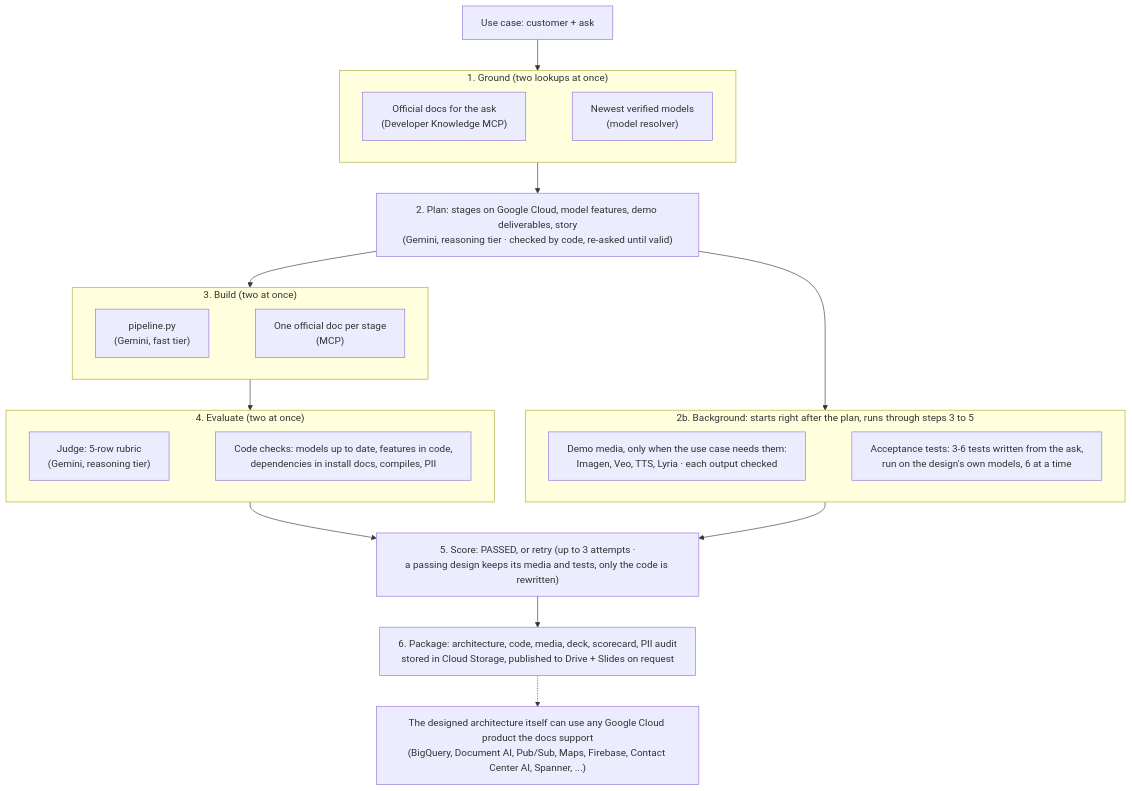
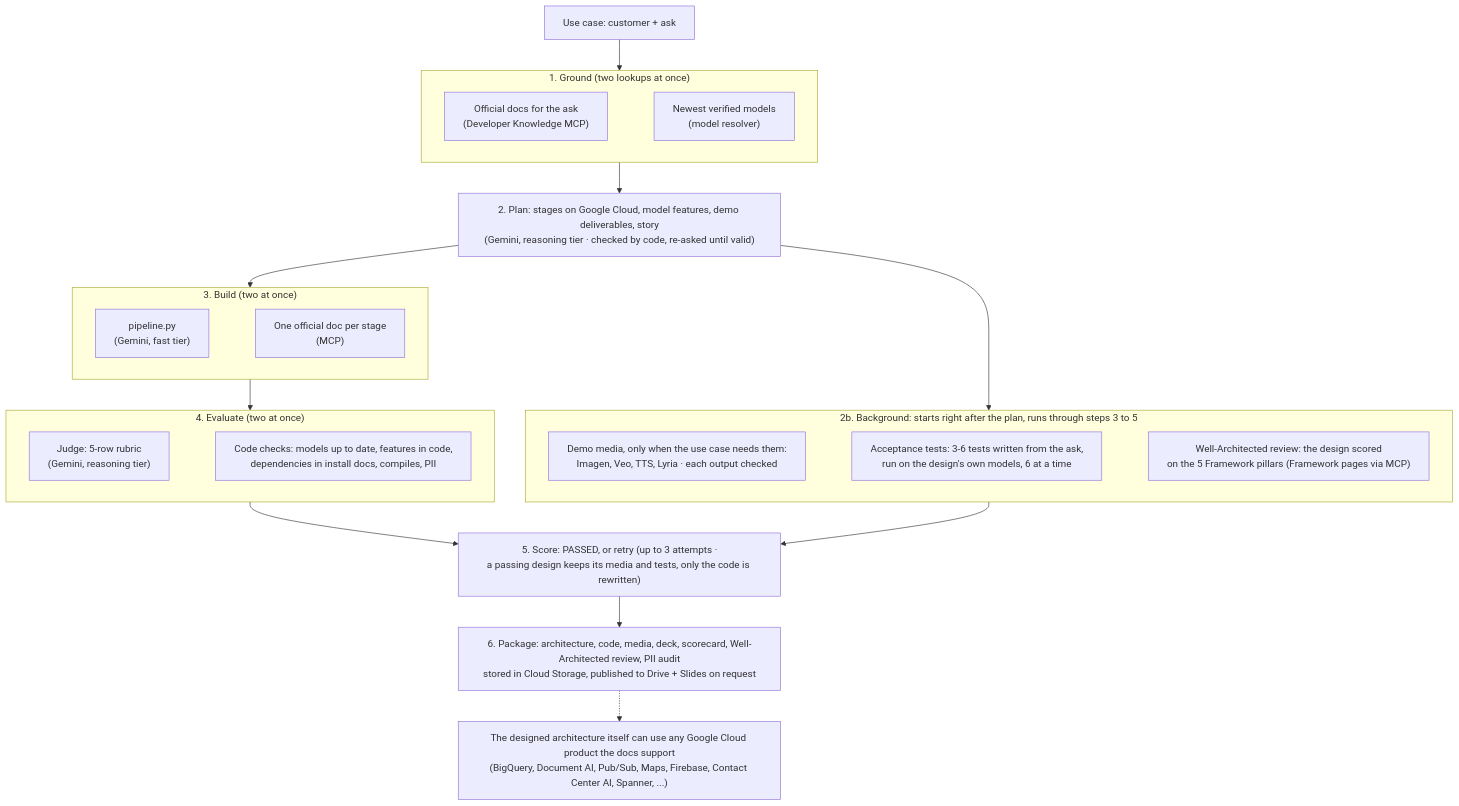
One commit to LUJ20/eliminating-custom-demo-toil-with-google-mcp changed the first of 2 diagrams in README.md. Above: the diagram before and after it, drawn with Mermaid. The commit also changed other lines of this file and 10 other files, not shown here.

First line of the commit message:
Well-Architected review of every design: 5 Framework pillars, grounded in Framework pages via MCP

````diff
--- a/README.md
+++ b/README.md
@@ -39,29 +42,29 @@
 ```mermaid
 %%{init: {"flowchart": {"wrappingWidth": 460}}}%%
 flowchart TB
     subgraph G ["1. Ground (two lookups at once)"]
         direction LR
         G1["Official docs for the ask<br/>(Developer Knowledge MCP)"] ~~~ G2["Newest verified models<br/>(model resolver)"]
     end
     subgraph BG ["2b. Background: starts right after the plan, runs through steps 3 to 5"]
         direction LR
-        M["Demo media, only when the use case needs them:<br/>Imagen, Veo, TTS, Lyria · each output checked"] ~~~ T["Acceptance tests: 3-6 tests written from the ask,<br/>run on the design's own models, 6 at a time"]
+        M["Demo media, only when the use case needs them:<br/>Imagen, Veo, TTS, Lyria · each output checked"] ~~~ T["Acceptance tests: 3-6 tests written from the ask,<br/>run on the design's own models, 6 at a time"] ~~~ W["Well-Architected review: the design scored<br/>on the 5 Framework pillars (Framework pages via MCP)"]
     end
     subgraph CC ["3. Build (two at once)"]
         direction LR
         C["pipeline.py<br/>(Gemini, fast tier)"] ~~~ CI["One official doc per stage<br/>(MCP)"]
     end
     subgraph JJ ["4. Evaluate (two at once)"]
         direction LR
         J["Judge: 5-row rubric<br/>(Gemini, reasoning tier)"] ~~~ K["Code checks: models up to date, features in code,<br/>dependencies in install docs, compiles, PII"]
     end
     U["Use case: customer + ask"] --> G
     G --> PL["2. Plan: stages on Google Cloud, model features, demo deliverables, story<br/>(Gemini, reasoning tier · checked by code, re-asked until valid)"]
     PL --> BG
     PL --> CC
     CC --> JJ
     JJ --> S["5. Score: PASSED, or retry (up to 3 attempts ·<br/>a passing design keeps its media and tests, only the code is rewritten)"]
     BG --> S
-    S --> P["6. Package: architecture, code, media, deck, scorecard, PII audit<br/>stored in Cloud Storage, published to Drive + Slides on request"]
+    S --> P["6. Package: architecture, code, media, deck, scorecard, Well-Architected review, PII audit<br/>stored in Cloud Storage, published to Drive + Slides on request"]
     P -.-> A["The designed architecture itself can use any Google Cloud product the docs support<br/>(BigQuery, Document AI, Pub/Sub, Maps, Firebase, Contact Center AI, Spanner, ...)"]
 ```
````
